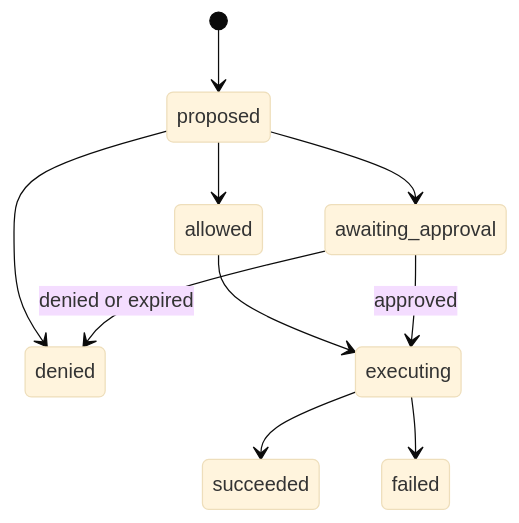
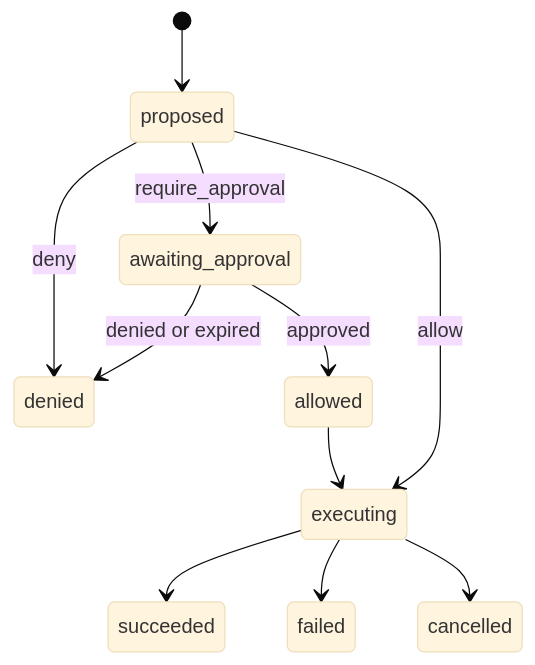
The third of 3 diagrams in docs/architecture.md (rebuno/rebuno), drawn with Mermaid (base theme) before and after one commit. The commit also changed other lines of this file, not shown here.

Commit message:
update mermaid diagrams

````diff
--- a/docs/architecture.md
+++ b/docs/architecture.md
@@ -47,12 +48,13 @@
 ```mermaid
 stateDiagram-v2
     [*] --> proposed
-    proposed --> allowed
-    proposed --> denied
-    proposed --> awaiting_approval
+    proposed --> denied: deny
+    proposed --> awaiting_approval: require_approval
+    proposed --> executing: allow
+    awaiting_approval --> denied: denied or expired
+    awaiting_approval --> allowed: approved
     allowed --> executing
-    awaiting_approval --> executing: approved
-    awaiting_approval --> denied: denied or expired
     executing --> succeeded
     executing --> failed
+    executing --> cancelled
 ```
````
